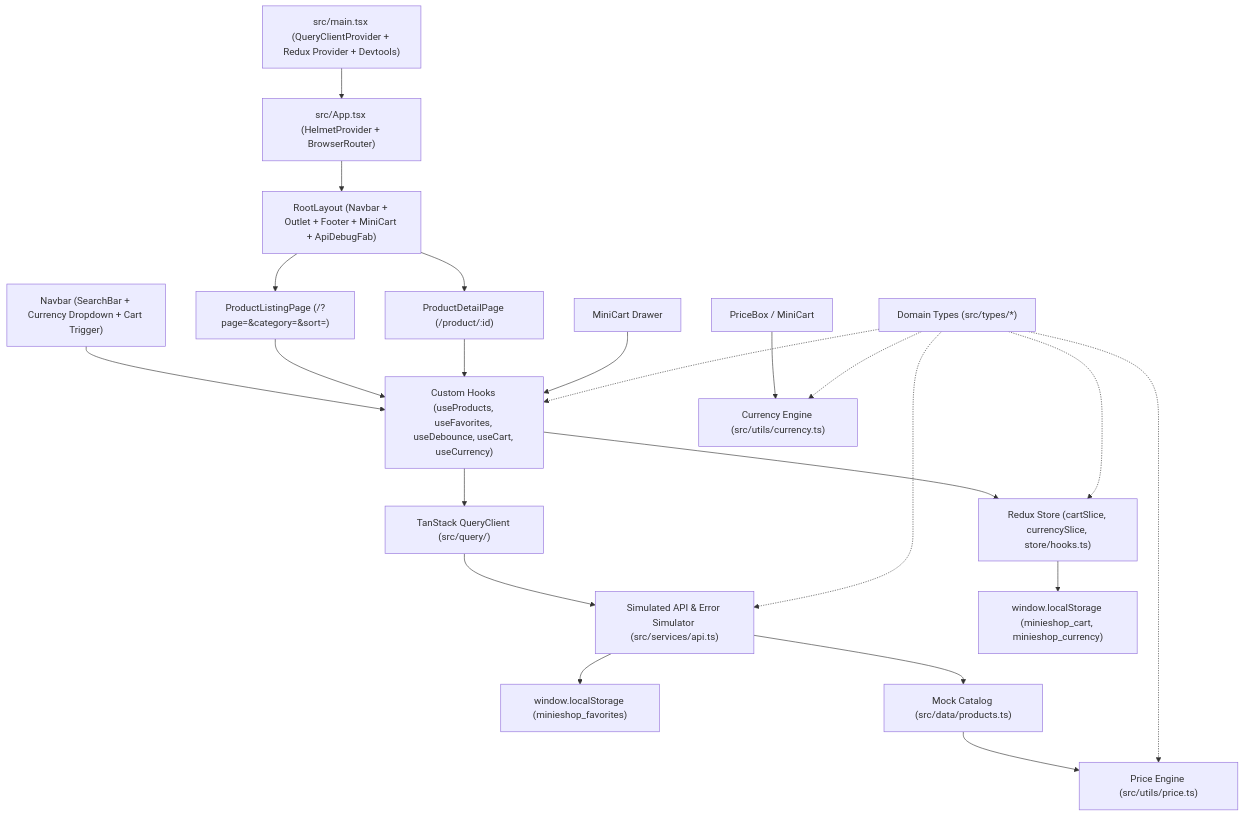
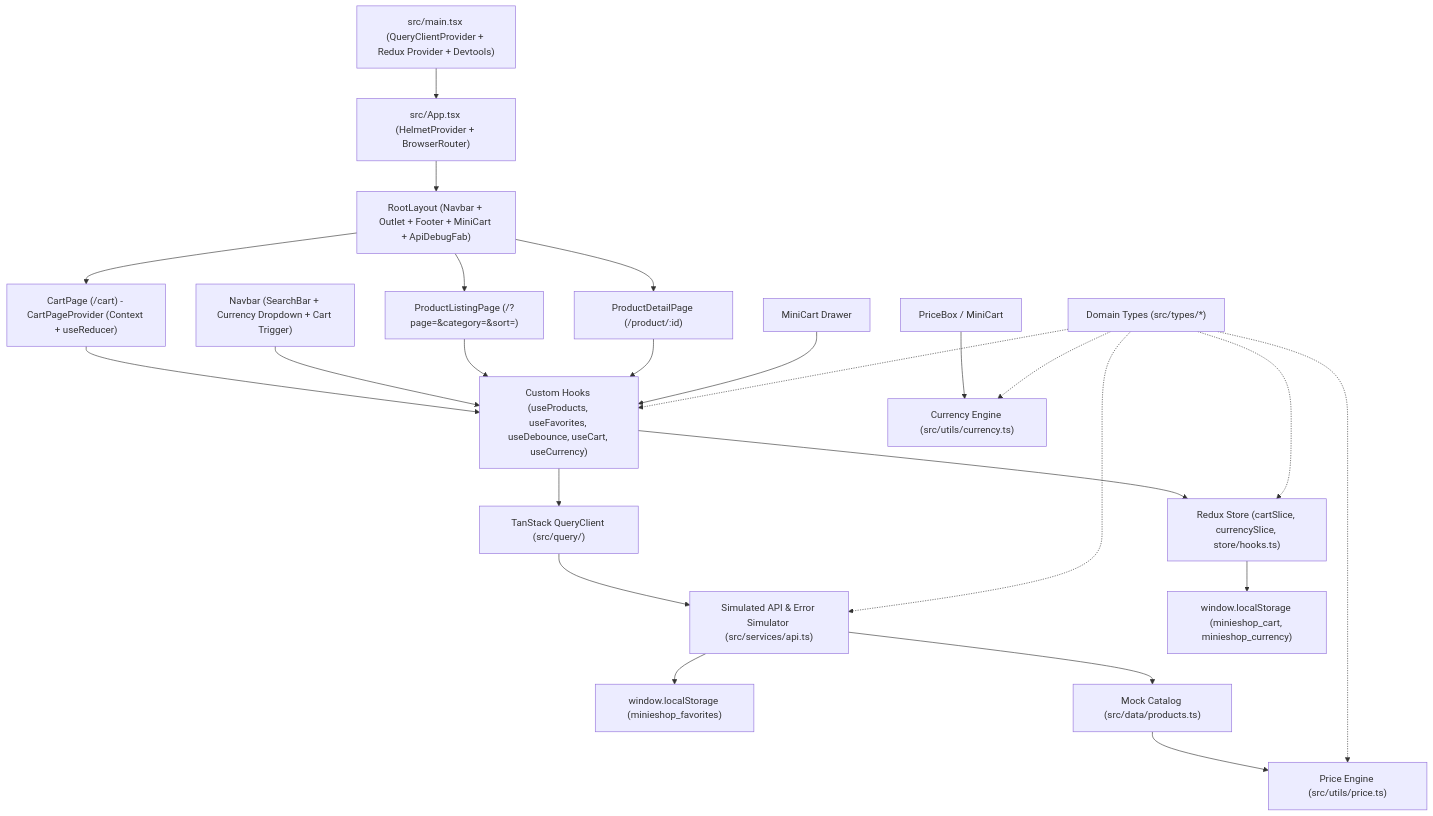
One commit to Luiquecruz/minie-shop changed the diagram in docs/architecture.md. Above: the diagram before and after it, drawn with Mermaid. The commit also changed other lines of this file and 24 other files, not shown here.

Commit message:
feat(cart): implement dedicated CartPage with monolithic Context and useReducer

````diff
--- a/docs/architecture.md
+++ b/docs/architecture.md
@@ -6,24 +6,26 @@
 ```mermaid
 flowchart TD
     Main["src/main.tsx (QueryClientProvider + Redux Provider + Devtools)"] --> App["src/App.tsx (HelmetProvider + BrowserRouter)"]
     App --> Layout["RootLayout (Navbar + Outlet + Footer + MiniCart + ApiDebugFab)"]
     Layout --> PLP["ProductListingPage (/?page=&category=&sort=)"]
     Layout --> PDP["ProductDetailPage (/product/:id)"]
+    Layout --> Cart["CartPage (/cart) - CartPageProvider (Context + useReducer)"]
+    Cart --> Hooks
     Navbar["Navbar (SearchBar + Currency Dropdown + Cart Trigger)"] --> Hooks
     PLP --> Hooks
     PDP --> Hooks
     MiniCart["MiniCart Drawer"] --> Hooks
     Hooks["Custom Hooks (useProducts, useFavorites, useDebounce, useCart, useCurrency)"] --> RQ["TanStack QueryClient (src/query/)"]
     Hooks --> Store["Redux Store (cartSlice, currencySlice, store/hooks.ts)"]
     RQ --> API["Simulated API & Error Simulator (src/services/api.ts)"]
     Store --> LS["window.localStorage (minieshop_cart, minieshop_currency)"]
     API --> FavLS["window.localStorage (minieshop_favorites)"]
     API --> Mock["Mock Catalog (src/data/products.ts)"]
     Mock --> PriceEngine["Price Engine (src/utils/price.ts)"]
     PriceBox["PriceBox / MiniCart"] --> CurrencyEngine["Currency Engine (src/utils/currency.ts)"]
     Types["Domain Types (src/types/*)"] -.-> PriceEngine
     Types -.-> CurrencyEngine
     Types -.-> API
     Types -.-> Store
     Types -.-> Hooks
 ```
````
